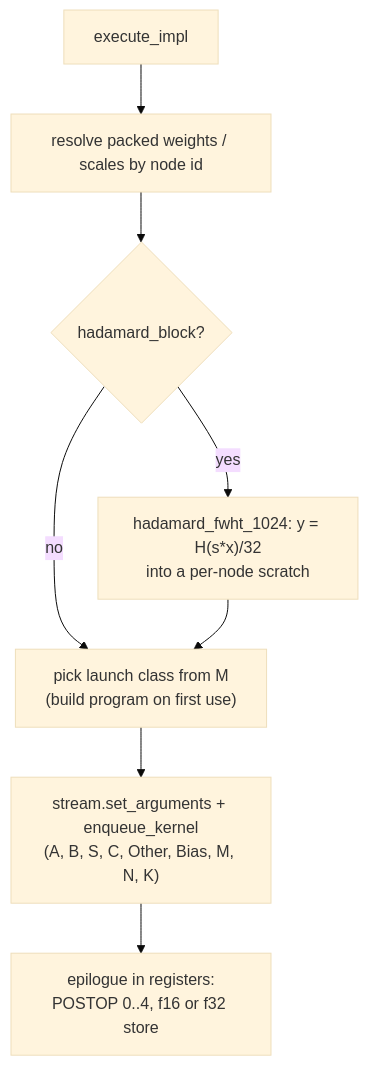
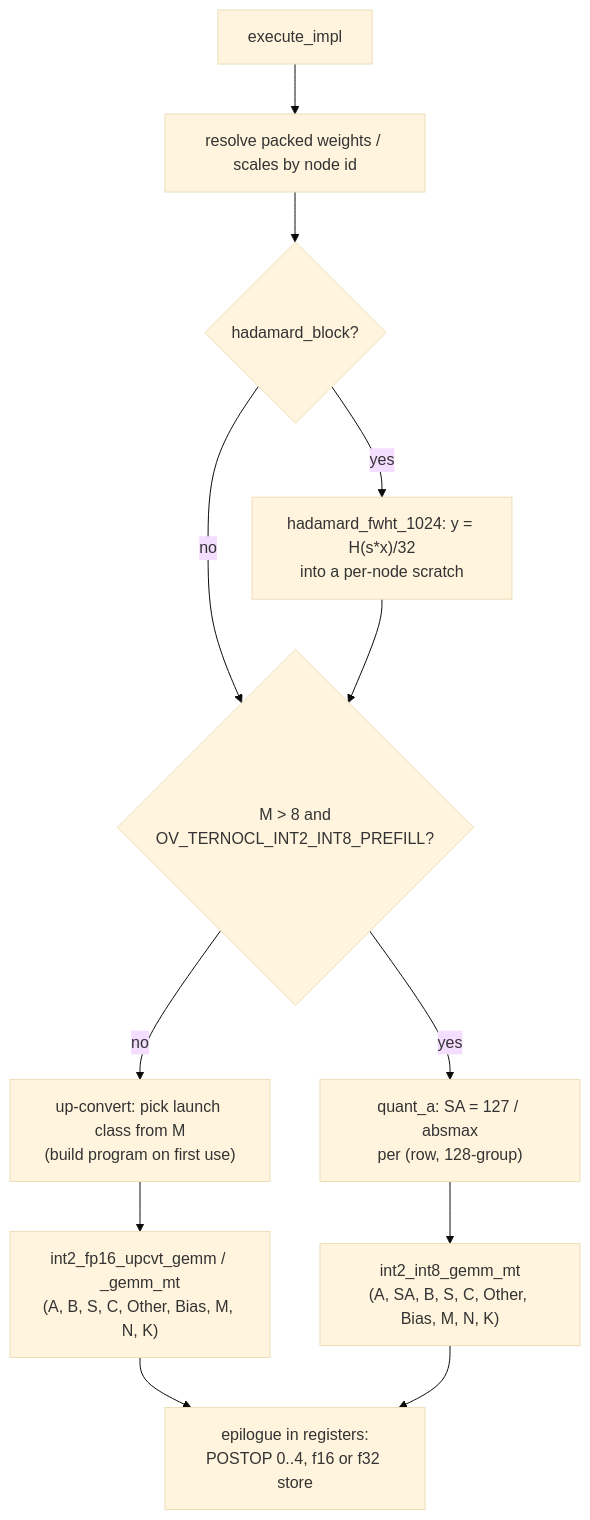
The diagram in src/plugins/intel_gpu/docs/ternocl_int2_architecture.md (openvinotoolkit/openvino), drawn with Mermaid (base theme) before and after one commit. The commit also changed other lines of this file, not shown here.

First line of the commit message:
[GPU] TernOCL int2 docs: describe the int2 x int8 DPAS path throughout the architecture doc

````diff
--- a/src/plugins/intel_gpu/docs/ternocl_int2_architecture.md
+++ b/src/plugins/intel_gpu/docs/ternocl_int2_architecture.md
@@ -99,10 +109,14 @@
 ```mermaid
 flowchart TD
     A["execute_impl"] --> B["resolve packed weights / scales by node id"]
     B --> C{"hadamard_block?"}
     C -->|yes| D["hadamard_fwht_1024: y = H(s*x)/32<br/>into a per-node scratch"]
     C -->|no| E
-    D --> E["pick launch class from M<br/>(build program on first use)"]
-    E --> F["stream.set_arguments + enqueue_kernel<br/>(A, B, S, C, Other, Bias, M, N, K)"]
-    F --> G["epilogue in registers:<br/>POSTOP 0..4, f16 or f32 store"]
+    D --> E{"M > 8 and<br/>OV_TERNOCL_INT2_INT8_PREFILL?"}
+    E -->|no| F["up-convert: pick launch class from M<br/>(build program on first use)"]
+    F --> G["int2_fp16_upcvt_gemm / _gemm_mt<br/>(A, B, S, C, Other, Bias, M, N, K)"]
+    E -->|yes| H["quant_a: SA = 127 / absmax<br/>per (row, 128-group)"]
+    H --> I["int2_int8_gemm_mt<br/>(A, SA, B, S, C, Other, Bias, M, N, K)"]
+    G --> J["epilogue in registers:<br/>POSTOP 0..4, f16 or f32 store"]
+    I --> J
 ```
````
